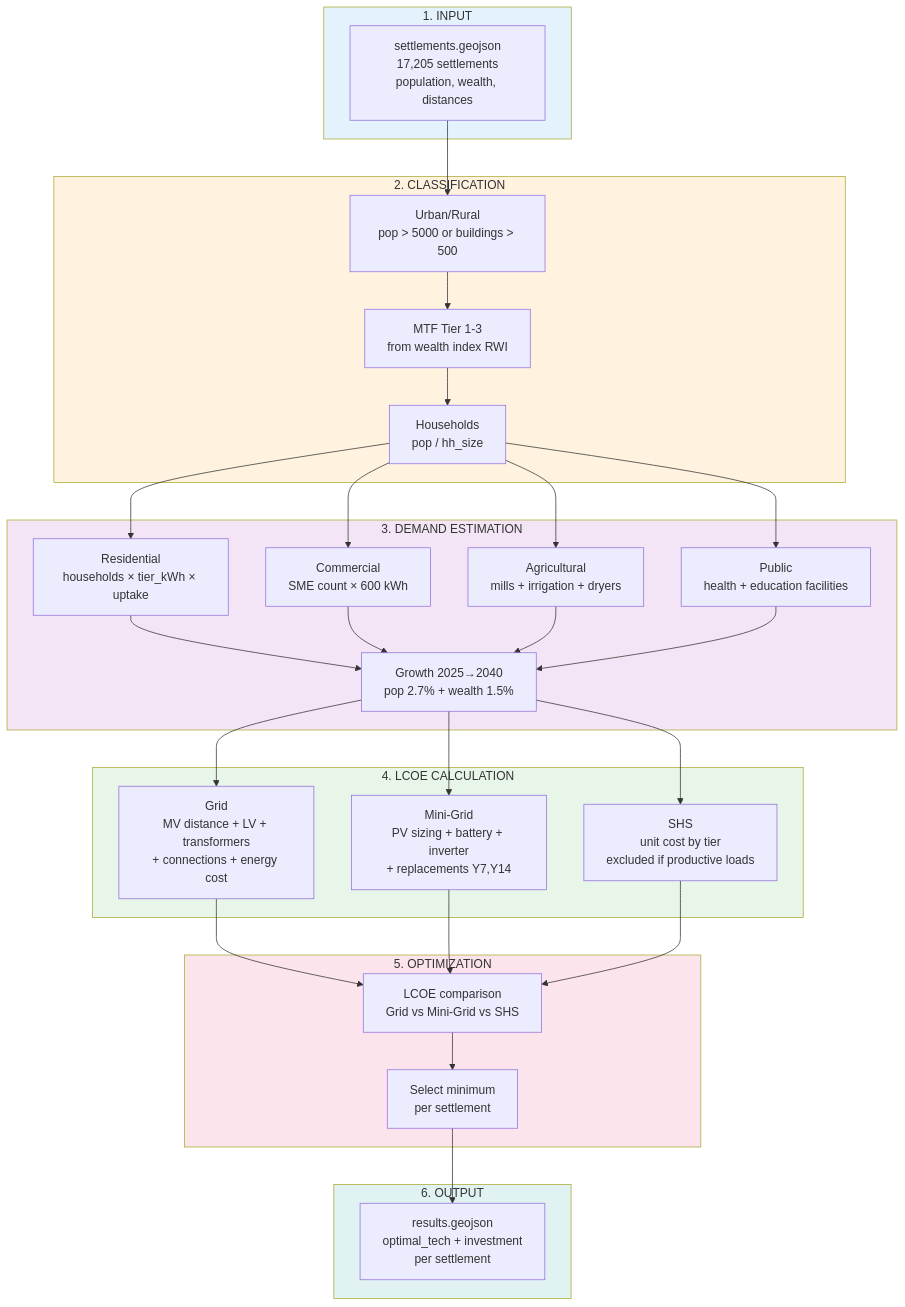
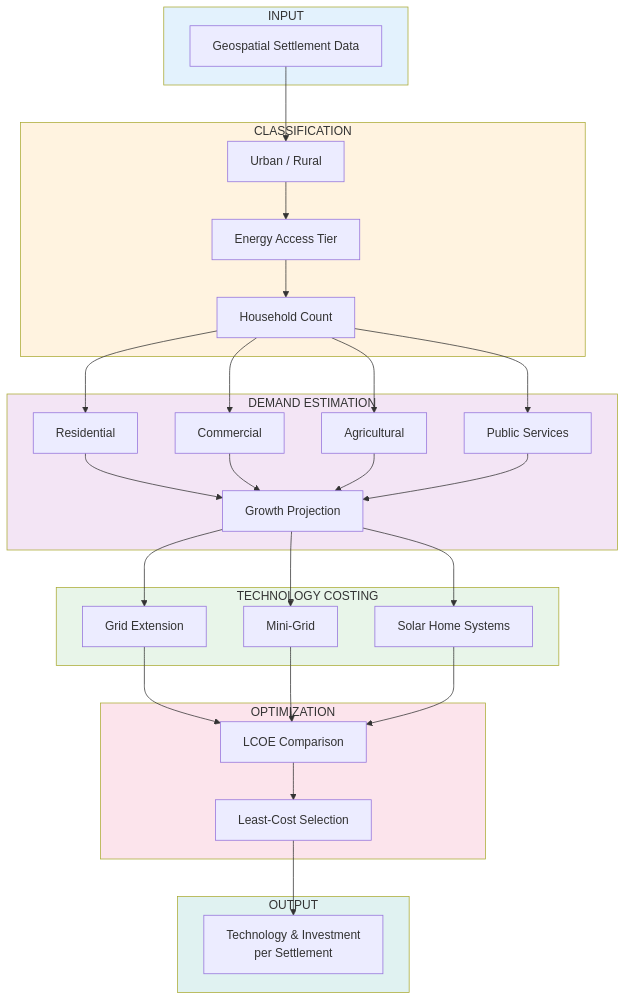
One commit to BadibossPy/settlement-level-electrification-optimization-benin changed the diagram in README.md. Above: the diagram before and after it, drawn with Mermaid. The commit also changed other lines of this file, not shown here.

Commit message:
Generalize workflow diagram: focus on strategy and approach

````diff
--- a/README.md
+++ b/README.md
@@ -20,48 +20,48 @@
 ```mermaid
 flowchart TB
-    subgraph INPUT["1. INPUT"]
-        A[settlements.geojson<br/>17,205 settlements<br/>population, wealth, distances]
+    subgraph INPUT["INPUT"]
+        A[Geospatial Settlement Data]
     end
 
-    subgraph CLASSIFY["2. CLASSIFICATION"]
-        B1[Urban/Rural<br/>pop > 5000 or buildings > 500]
-        B2[MTF Tier 1-3<br/>from wealth index RWI]
-        B3[Households<br/>pop / hh_size]
+    subgraph CLASSIFY["CLASSIFICATION"]
+        B1[Urban / Rural]
+        B2[Energy Access Tier]
+        B3[Household Count]
     end
 
-    subgraph DEMAND["3. DEMAND ESTIMATION"]
-        C1[Residential<br/>households × tier_kWh × uptake]
-        C2[Commercial<br/>SME count × 600 kWh]
-        C3[Agricultural<br/>mills + irrigation + dryers]
-        C4[Public<br/>health + education facilities]
-        C5[Growth 2025→2040<br/>pop 2.7% + wealth 1.5%]
+    subgraph DEMAND["DEMAND ESTIMATION"]
+        C1[Residential]
+        C2[Commercial]
+        C3[Agricultural]
+        C4[Public Services]
+        C5[Growth Projection]
     end
 
-    subgraph COST["4. LCOE CALCULATION"]
-        D1[Grid<br/>MV distance + LV + transformers<br/>+ connections + energy cost]
-        D2[Mini-Grid<br/>PV sizing + battery + inverter<br/>+ replacements Y7,Y14]
-        D3[SHS<br/>unit cost by tier<br/>excluded if productive loads]
+    subgraph COST["TECHNOLOGY COSTING"]
+        D1[Grid Extension]
+        D2[Mini-Grid]
+        D3[Solar Home Systems]
     end
 
-    subgraph SELECT["5. OPTIMIZATION"]
-        E1[LCOE comparison<br/>Grid vs Mini-Grid vs SHS]
-        E2[Select minimum<br/>per settlement]
+    subgraph SELECT["OPTIMIZATION"]
+        E1[LCOE Comparison]
+        E2[Least-Cost Selection]
     end
 
-    subgraph OUTPUT["6. OUTPUT"]
-        F[results.geojson<br/>optimal_tech + investment<br/>per settlement]
+    subgraph OUTPUT["OUTPUT"]
+        F[Technology & Investment<br/>per Settlement]
     end
 
     A --> B1 --> B2 --> B3
     B3 --> C1 & C2 & C3 & C4
     C1 & C2 & C3 & C4 --> C5
     C5 --> D1 & D2 & D3
     D1 & D2 & D3 --> E1 --> E2 --> F
 
     style INPUT fill:#e3f2fd
     style CLASSIFY fill:#fff3e0
     style DEMAND fill:#f3e5f5
     style COST fill:#e8f5e9
     style SELECT fill:#fce4ec
     style OUTPUT fill:#e0f2f1
 ```
````
